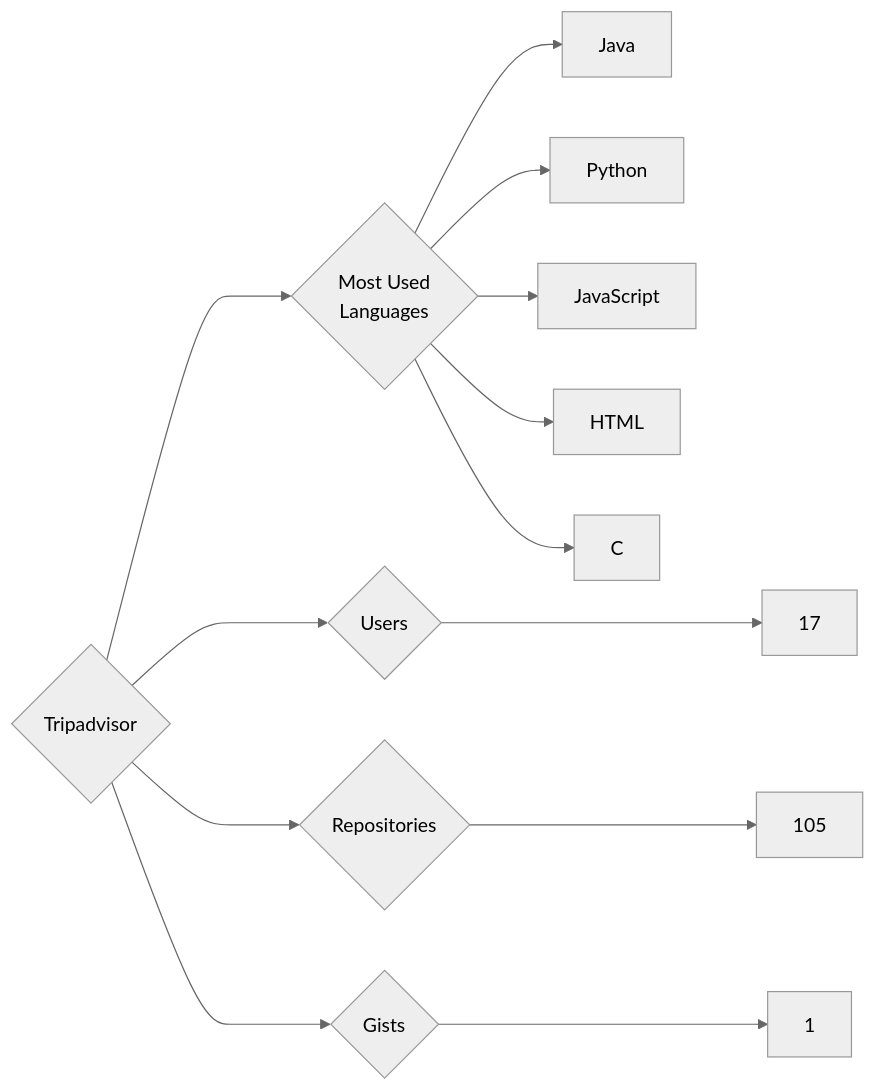
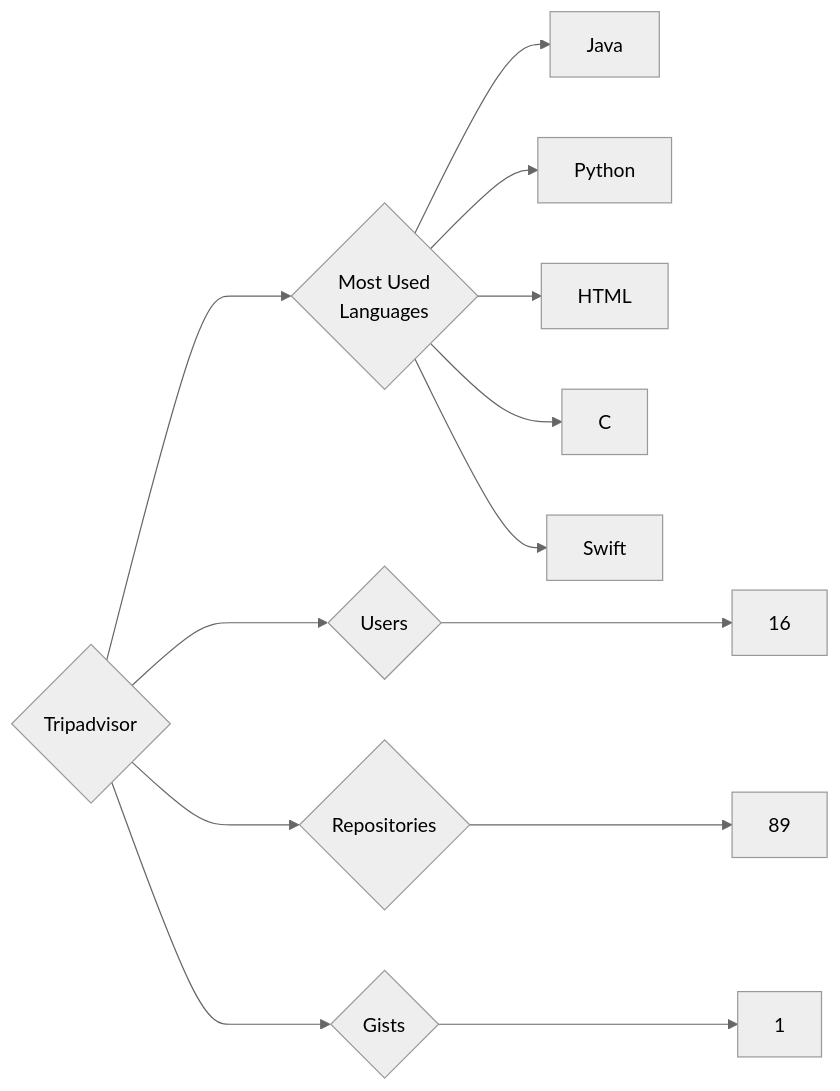
One commit to trickest/insiders changed the diagram in targets/Tripadvisor/README.md. Above: the diagram before and after it, drawn with Mermaid (neutral theme). The commit also changed 895 other files, not shown here.

````diff
--- a/targets/Tripadvisor/README.md
+++ b/targets/Tripadvisor/README.md
@@ -3,13 +3,13 @@
 ```mermaid
 graph LR
 COMPANY_NAME{Tripadvisor}
-COMPANY_NAME ---> U{Users} ---> UN[17]
-COMPANY_NAME ---> R{Repositories} ---> RN[105]
+COMPANY_NAME ---> U{Users} ---> UN[16]
+COMPANY_NAME ---> R{Repositories} ---> RN[89]
 COMPANY_NAME ---> G{Gists} ---> GN[1]
 COMPANY_NAME ---> ML{Most Used<br>Languages}
 ML --> Java[Java]
 ML --> Python[Python]
-ML --> JavaScript[JavaScript]
 ML --> HTML[HTML]
 ML --> C[C]
+ML --> Swift[Swift]
 ```
````
